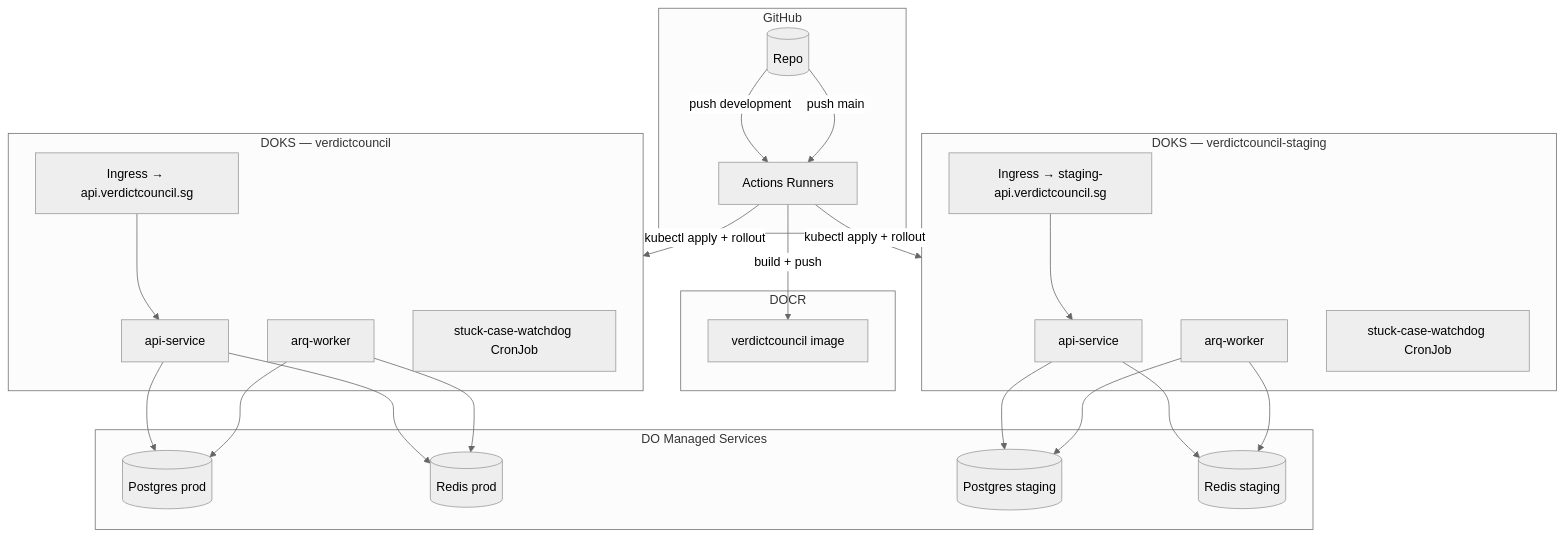
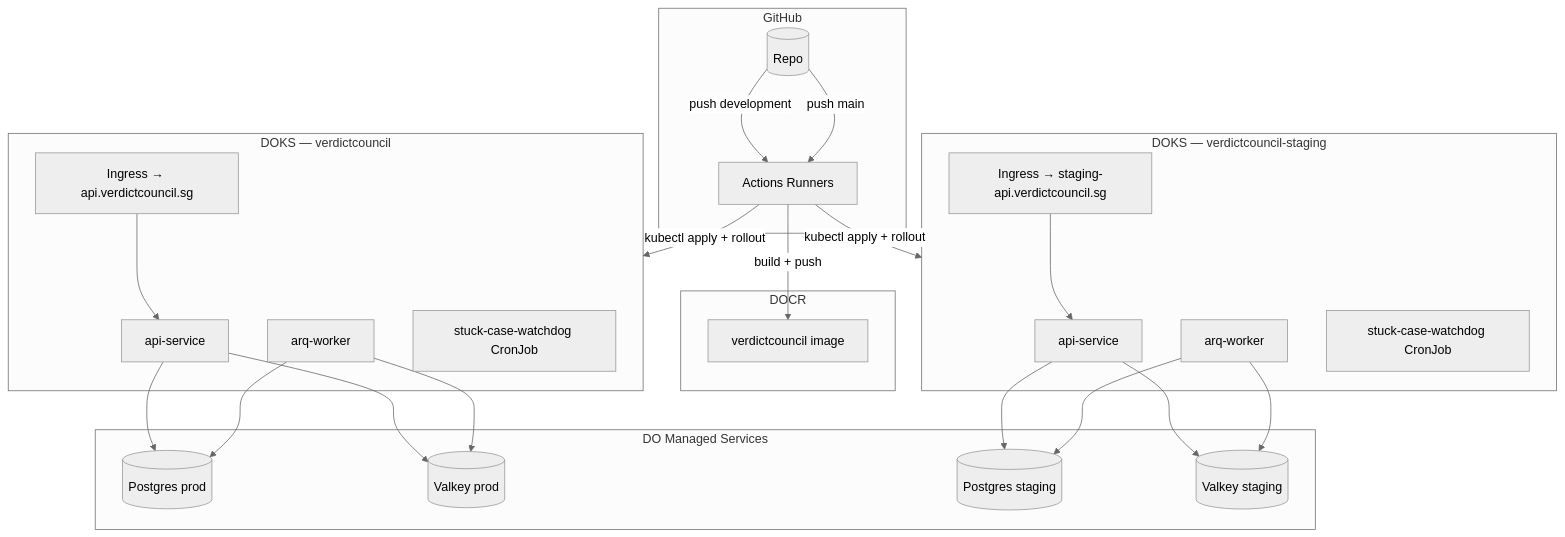
Before and after one commit to ShashankBagda/VerdictCouncil_Backend: the diagram in docs/architecture/06-cicd-pipeline.md, drawn with Mermaid (neutral theme). The commit also changed other lines of this file and 4 other files, not shown here.

First line of the commit message:
docs: realign architecture/ops/risk docs with current code

````diff
--- a/docs/architecture/06-cicd-pipeline.md
+++ b/docs/architecture/06-cicd-pipeline.md
@@ -499,51 +499,51 @@
 ```mermaid
 flowchart TB
     subgraph GH[GitHub]
         REPO[(Repo)]
         GHA[Actions Runners]
     end
 
     subgraph DOCR[DOCR]
         IMG[verdictcouncil image]
     end
 
     subgraph DOKS_STAGING[DOKS — verdictcouncil-staging]
         APIS[api-service]
         WRKS[arq-worker]
         WDS[stuck-case-watchdog CronJob]
         INGS[Ingress → staging-api.verdictcouncil.sg]
     end
 
     subgraph DOKS_PROD[DOKS — verdictcouncil]
         APIP[api-service]
         WRKP[arq-worker]
         WDP[stuck-case-watchdog CronJob]
         INGP[Ingress → api.verdictcouncil.sg]
     end
 
     subgraph Managed[DO Managed Services]
         PGP[(Postgres prod)]
-        RDP[(Redis prod)]
+        RDP[(Valkey prod)]
         PGS[(Postgres staging)]
-        RDS[(Redis staging)]
+        RDS[(Valkey staging)]
     end
 
     REPO -->|push development| GHA
     REPO -->|push main| GHA
     GHA -->|build + push| IMG
     GHA -->|kubectl apply + rollout| DOKS_STAGING
     GHA -->|kubectl apply + rollout| DOKS_PROD
 
     APIS --> PGS
     APIS --> RDS
     WRKS --> PGS
     WRKS --> RDS
 
     APIP --> PGP
     APIP --> RDP
     WRKP --> PGP
     WRKP --> RDP
 
     INGS --> APIS
     INGP --> APIP
 ```
````
